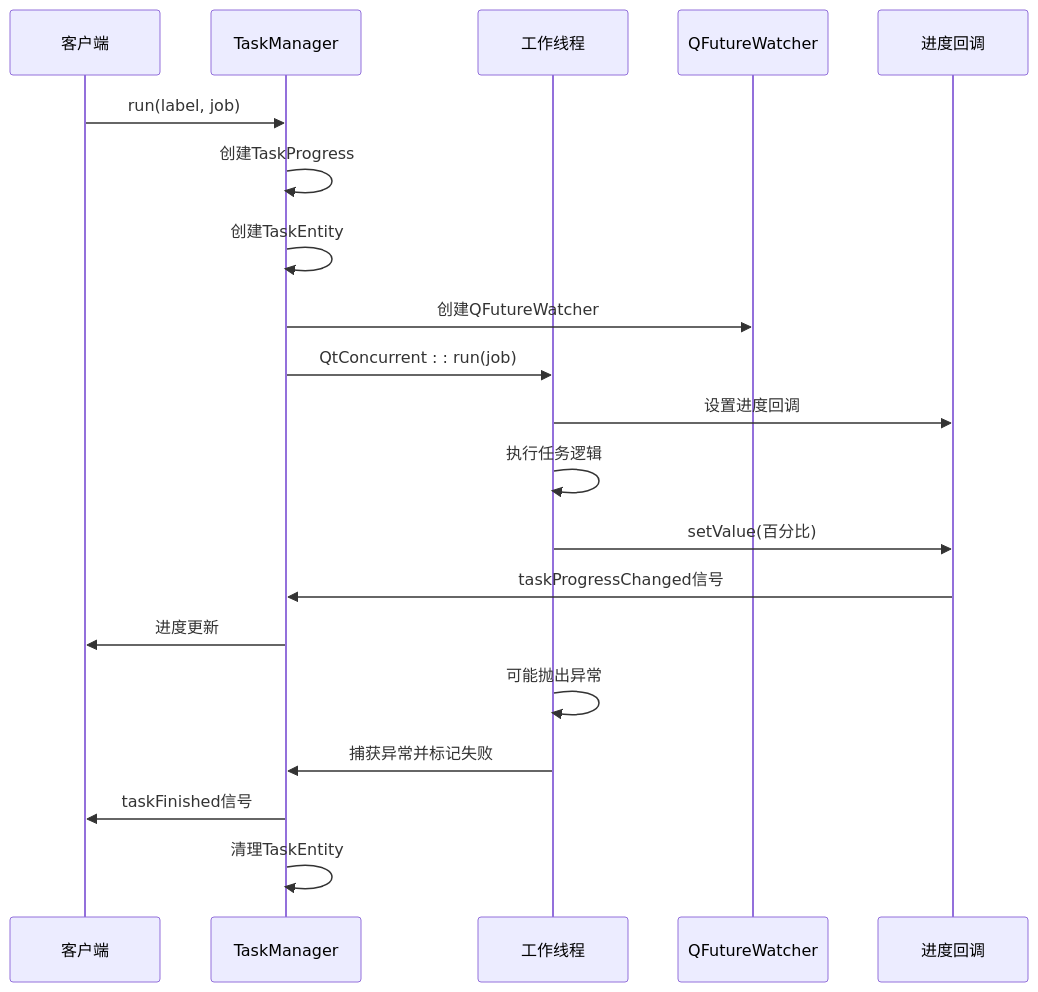
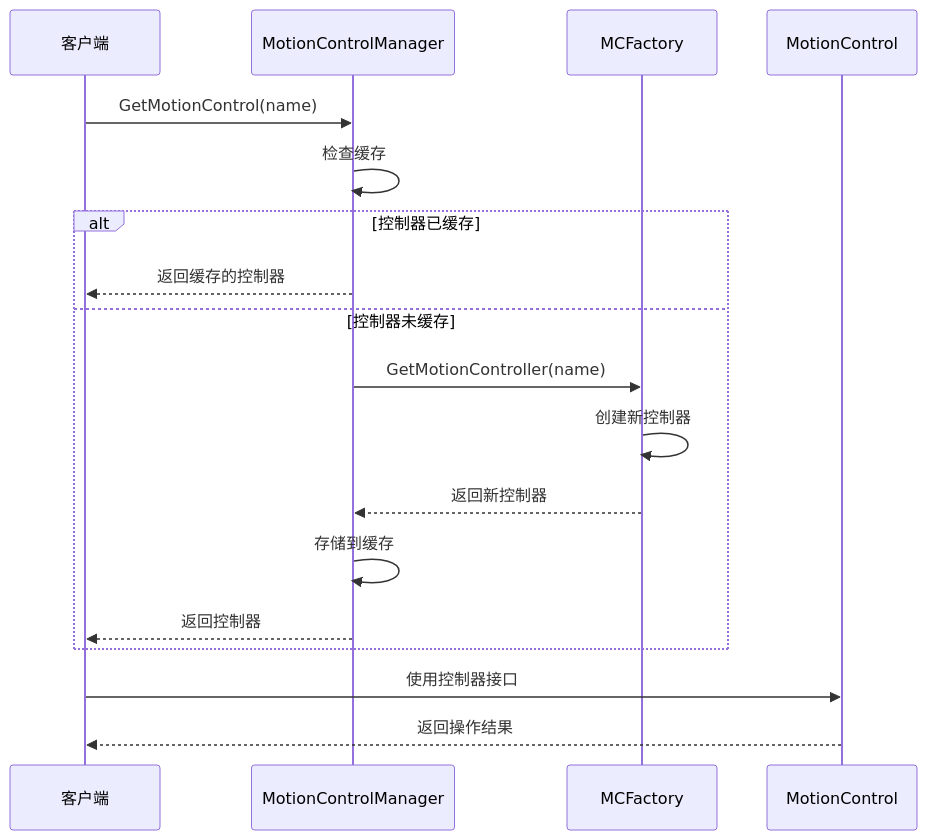
One commit to super1wang/LaserCNCv1.0 changed diagram 12 of 26 in .qoder/repowiki/zh/content/项目概述/模块设计/Process模块设计/Process模块服务管理架构改进.md. Above: the diagram before and after it, drawn with Mermaid. The commit also changed other lines of this file and 25 other files, not shown here.

````diff
--- a/.qoder/repowiki/zh/content/项目概述/模块设计/Process模块设计/Process模块服务管理架构改进.md
+++ b/.qoder/repowiki/zh/content/项目概述/模块设计/Process模块设计/Process模块服务管理架构改进.md
@@ -699,22 +782,20 @@
 ```mermaid
 sequenceDiagram
 participant Client as 客户端
-participant TaskMgr as TaskManager
-participant Worker as 工作线程
-participant Watcher as QFutureWatcher
-participant Callback as 进度回调
-Client->>TaskMgr : run(label, job)
-TaskMgr->>TaskMgr : 创建TaskProgress
-TaskMgr->>TaskMgr : 创建TaskEntity
-TaskMgr->>Watcher : 创建QFutureWatcher
-TaskMgr->>Worker : QtConcurrent : : run(job)
-Worker->>Callback : 设置进度回调
-Worker->>Worker : 执行任务逻辑
-Worker->>Callback : setValue(百分比)
-Callback->>TaskMgr : taskProgressChanged信号
-TaskMgr->>Client : 进度更新
-Worker->>Worker : 可能抛出异常
-Worker->>TaskMgr : 捕获异常并标记失败
-TaskMgr->>Client : taskFinished信号
-TaskMgr->>TaskMgr : 清理TaskEntity
+participant Manager as MotionControlManager
+participant Factory as MCFactory
+participant Controller as MotionControl
+Client->>Manager : GetMotionControl(name)
+Manager->>Manager : 检查缓存
+alt 控制器已缓存
+Manager-->>Client : 返回缓存的控制器
+else 控制器未缓存
+Manager->>Factory : GetMotionController(name)
+Factory->>Factory : 创建新控制器
+Factory-->>Manager : 返回新控制器
+Manager->>Manager : 存储到缓存
+Manager-->>Client : 返回控制器
+end
+Client->>Controller : 使用控制器接口
+Controller-->>Client : 返回操作结果
 ```
````
